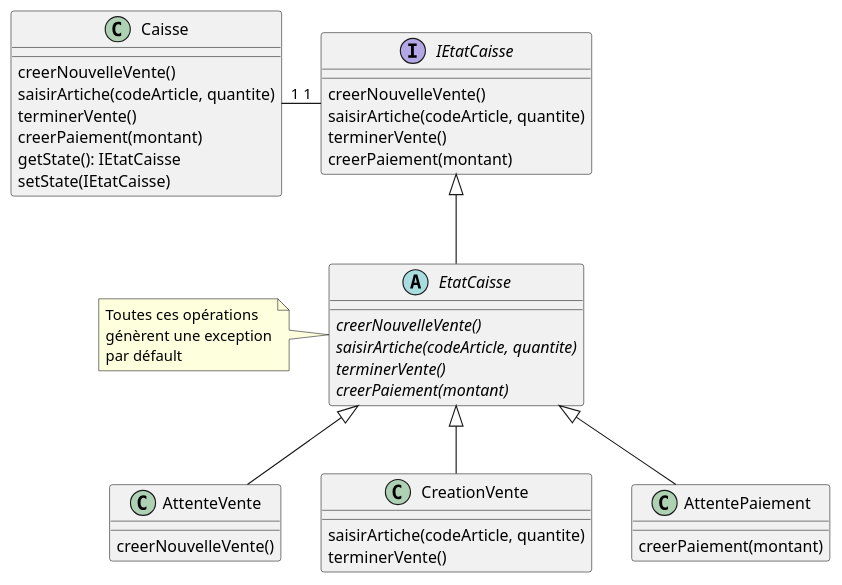
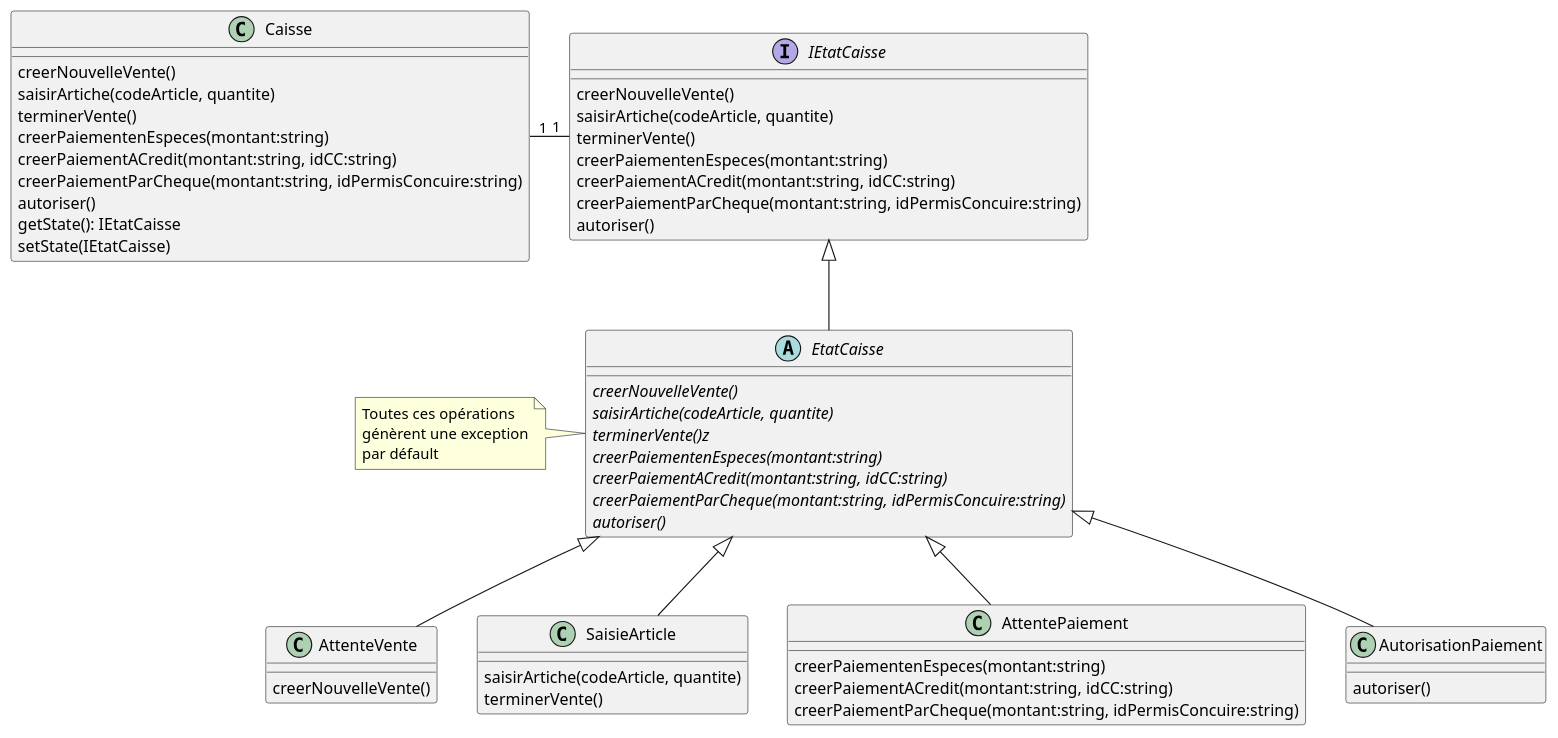
Before and after one commit to yvanross/LOG210-exercices: the first of 2 diagrams in etat/caisse-enregistreuse/etat-caisse-enregistruse->classe.plantuml, drawn with PlantUML. The commit also changed other lines of this file and 2 other files, not shown here.

Commit message:
update diagram activite et etat

```diff
--- a/etat/caisse-enregistreuse/etat-caisse-enregistruse->classe.plantuml
+++ b/etat/caisse-enregistreuse/etat-caisse-enregistruse->classe.plantuml
@@ -1,48 +1,63 @@
 @startuml
 
 
 class Caisse {
 creerNouvelleVente()
 saisirArtiche(codeArticle, quantite)
 terminerVente()
-creerPaiement(montant)
+creerPaiementenEspeces(montant:string)
+creerPaiementACredit(montant:string, idCC:string)
+creerPaiementParCheque(montant:string, idPermisConcuire:string)
+autoriser()
 getState(): IEtatCaisse
 setState(IEtatCaisse)
 
 }
 
 interface IEtatCaisse{
 creerNouvelleVente()
 saisirArtiche(codeArticle, quantite)
 terminerVente()
-creerPaiement(montant)
+creerPaiementenEspeces(montant:string)
+creerPaiementACredit(montant:string, idCC:string)
+creerPaiementParCheque(montant:string, idPermisConcuire:string)
+autoriser()
 
 }
 
 abstract class EtatCaisse {
 {abstract} creerNouvelleVente()
 {abstract} saisirArtiche(codeArticle, quantite)
-{abstract} terminerVente()
-{abstract} creerPaiement(montant)
-
+{abstract} terminerVente()z
+{abstract} creerPaiementenEspeces(montant:string)
+{abstract} creerPaiementACredit(montant:string, idCC:string)
+{abstract} creerPaiementParCheque(montant:string, idPermisConcuire:string)
+{abstract} autoriser()
 }
 class AttenteVente  {
     creerNouvelleVente()
 } 
 
-class CreationVente {
+class SaisieArticle {
 saisirArtiche(codeArticle, quantite)
 terminerVente()
 }
 
 class AttentePaiement {
-creerPaiement(montant)
+creerPaiementenEspeces(montant:string)
+creerPaiementACredit(montant:string, idCC:string)
+creerPaiementParCheque(montant:string, idPermisConcuire:string)
+}
+
+class AutorisationPaiement {
+    autoriser()
 }
 
 Caisse "1" -right- "1" IEtatCaisse
 IEtatCaisse <|-down- EtatCaisse
 EtatCaisse <|-- AttenteVente
 EtatCaisse <|-- AttentePaiement
-EtatCaisse <|-- CreationVente
+EtatCaisse <|-- SaisieArticle
+EtatCaisse <|-- AutorisationPaiement
 note left of EtatCaisse: Toutes ces opérations\ngénèrent une exception\npar défault
 @enduml
```
